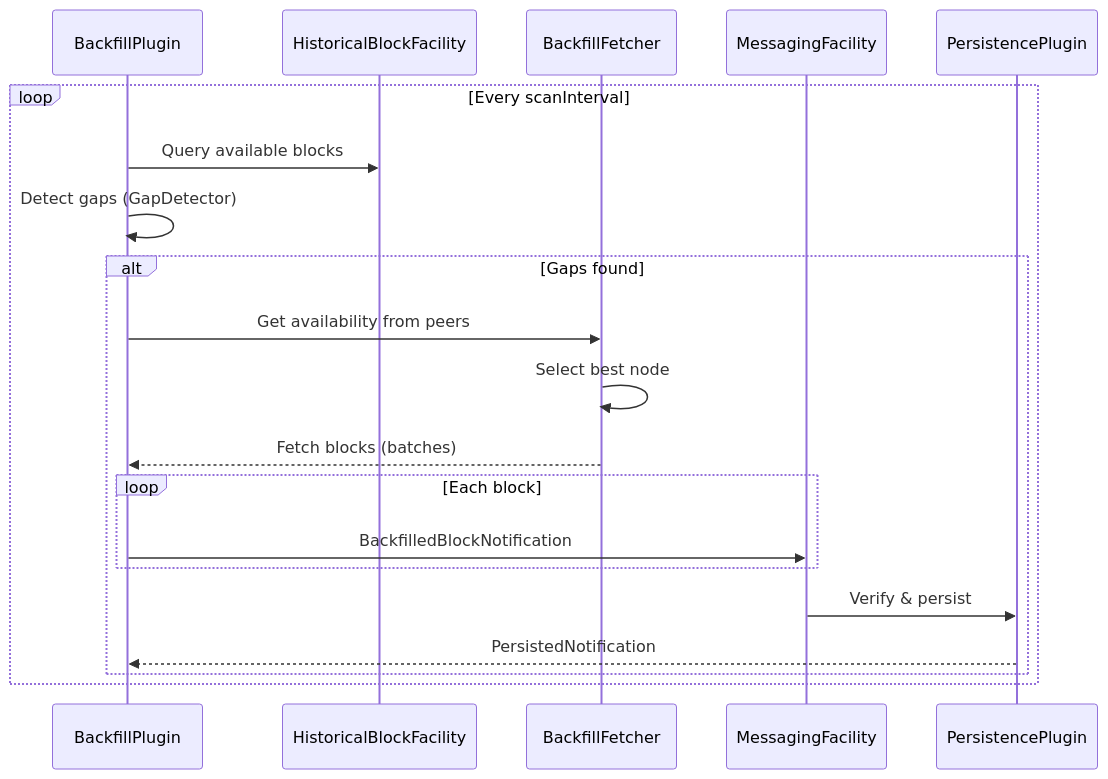
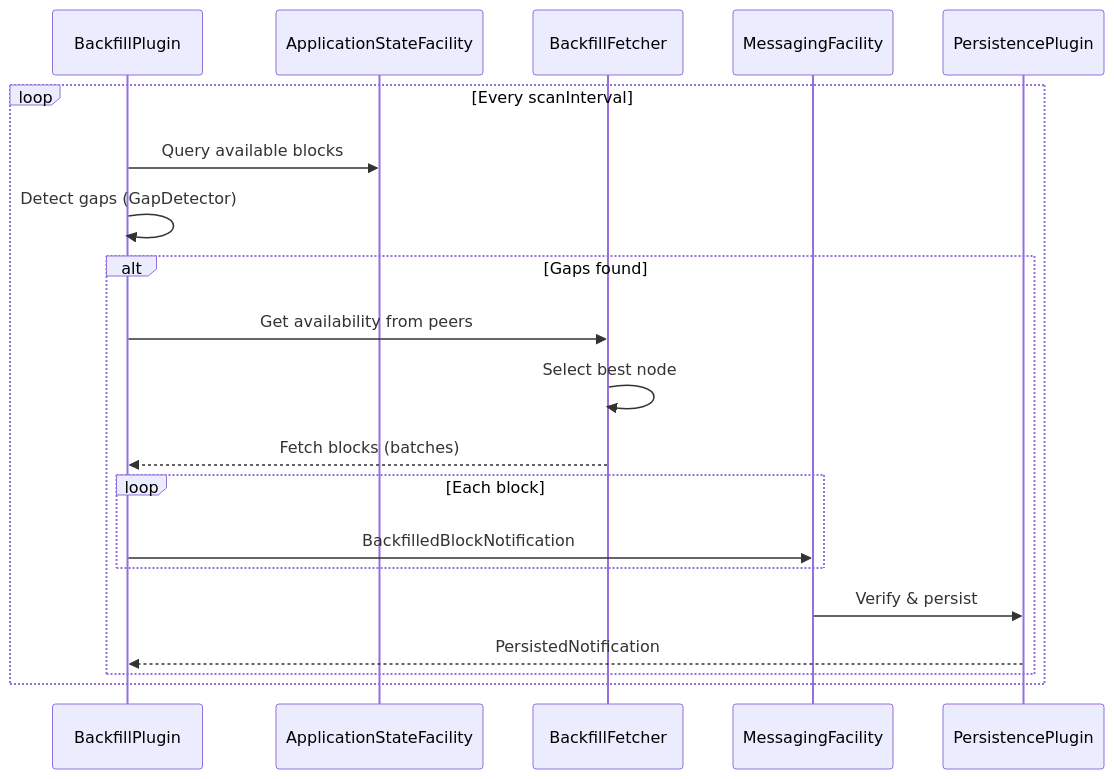
The second of 4 diagrams in docs/design/backfill-plugin.md (hiero-ledger/hiero-block-node), drawn with Mermaid before and after one commit. The commit also changed other lines of this file and 6 other files, not shown here.

````diff
--- a/docs/design/backfill-plugin.md
+++ b/docs/design/backfill-plugin.md
@@ -172,23 +172,23 @@
 ```mermaid
 sequenceDiagram
     participant BP as BackfillPlugin
-    participant HBF as HistoricalBlockFacility
+    participant ASF as ApplicationStateFacility
     participant Fetcher as BackfillFetcher
     participant MF as MessagingFacility
     participant Persist as PersistencePlugin
 
     loop Every scanInterval
-        BP->>HBF: Query available blocks
+        BP->>ASF: Query available blocks
         BP->>BP: Detect gaps (GapDetector)
         alt Gaps found
             BP->>Fetcher: Get availability from peers
             Fetcher->>Fetcher: Select best node
             Fetcher-->>BP: Fetch blocks (batches)
             loop Each block
                 BP->>MF: BackfilledBlockNotification
             end
             MF->>Persist: Verify & persist
             Persist-->>BP: PersistedNotification
         end
     end
 ```
````
